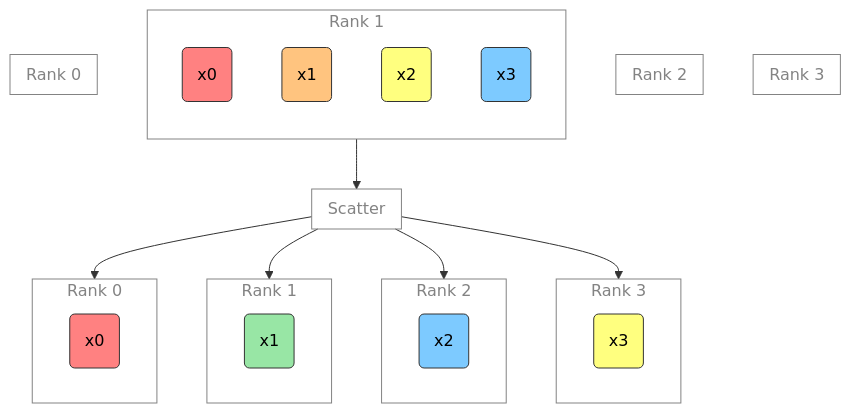
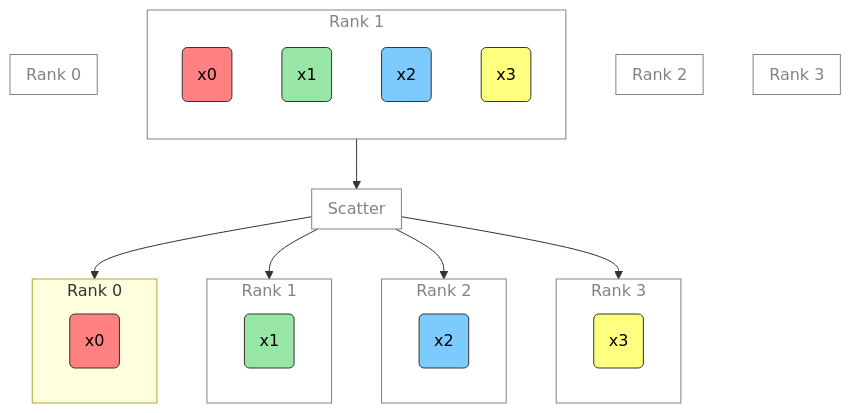
Before and after one commit to saforem2/personal_site: the tenth of 14 diagrams in docs/talks/ai-for-science-2024/ai-for-science-2024.md, drawn with Mermaid. The commit also changed 15 other files, not shown here.

````diff
--- a/docs/talks/ai-for-science-2024/ai-for-science-2024.md
+++ b/docs/talks/ai-for-science-2024/ai-for-science-2024.md
@@ -633,54 +633,50 @@
 ``` mermaid
 flowchart TD
   subgraph R3["`Rank 3`"]
   end
   subgraph R2["`Rank 2`"]
   end
   subgraph R1["`Rank 1`"]
     direction TB
-    xp03("`x0`")
-    xp13("`x1`")
-    xp23("`x2`")
-    xp33("`x3`")
+    xp0("`x0`")
+    xp1("`x1`")
+    xp2("`x2`")
+    xp3("`x3`")
   end
   subgraph R0["`Rank 0`"]
   end
   subgraph S["`Scatter`"]
   end
-  subgraph AG3["`Rank 3`"]
+  subgraph S3["`Rank 3`"]
     x3("`x3`")
   end
-  subgraph AG2["`Rank 2`"]
+  subgraph S2["`Rank 2`"]
     x2("`x2`")
   end
-  subgraph AG1["`Rank 1`"]
+  subgraph S1["`Rank 1`"]
     x1("`x1`")
   end
-  subgraph AG0["`Rank 0`"]
+  subgraph S0["`Rank 0`"]
     x0("`x0`")
   end
   %%R0 --> S
   R1 --> S
   %%R2 --> S
   %%R3 --> S
-  S --> AG0
-  S --> AG1
-  S --> AG2
-  S --> AG3
+  S --> S0
+  S --> S1
+  S --> S2
+  S --> S3
 classDef red fill:#ff8181,stroke:#333,stroke-width:1px,color:#000
 classDef orange fill:#FFC47F,stroke:#333,stroke-width:1px,color:#000
 classDef yellow fill:#FFFF7F,stroke:#333,stroke-width:1px,color:#000
 classDef green fill:#98E6A5,stroke:#333,stroke-width:1px,color:#000
 classDef blue fill:#7DCAFF,stroke:#333,stroke-width:1px,color:#000
 classDef purple fill:#FFCBE6,stroke:#333,stroke-width:1px,color:#000
 classDef block fill:#CCCCCC02,stroke:#838383,stroke-width:1px,font-weight:500,color:#838383
-class AG0,AG1,AG2,AG3,S,R0,R1,R2,R3, block
-class xp00,xp01,xp02,xp03, red
-class xp10,xp11,xp12,xp13, orange
-class xp20,xp21,xp22,xp23, yellow
-class xp30,xp31,xp32,xp33, blue
-class x0, red
-class x1, green
-class x2, blue
-class x3, yellow
+class AG0,AG1,AG2,AG3,S,R0,R1,R2,R3,S1,S2,S3, block
+class x0,xp0, red
+class x1,xp1, green
+class x2,xp2, blue
+class x3,xp3, yellow
 ```
````
